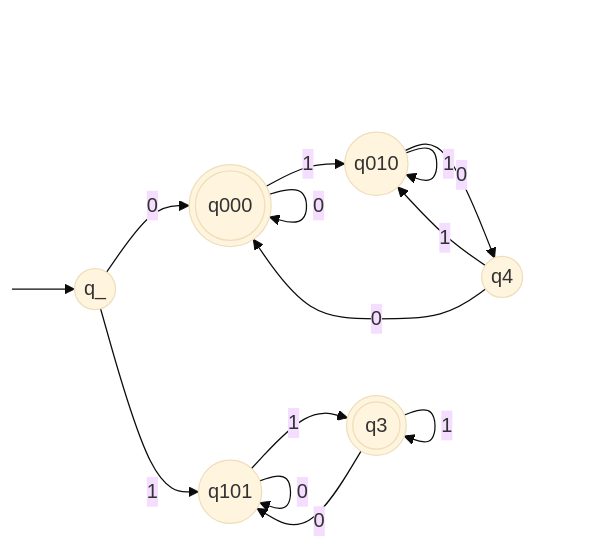
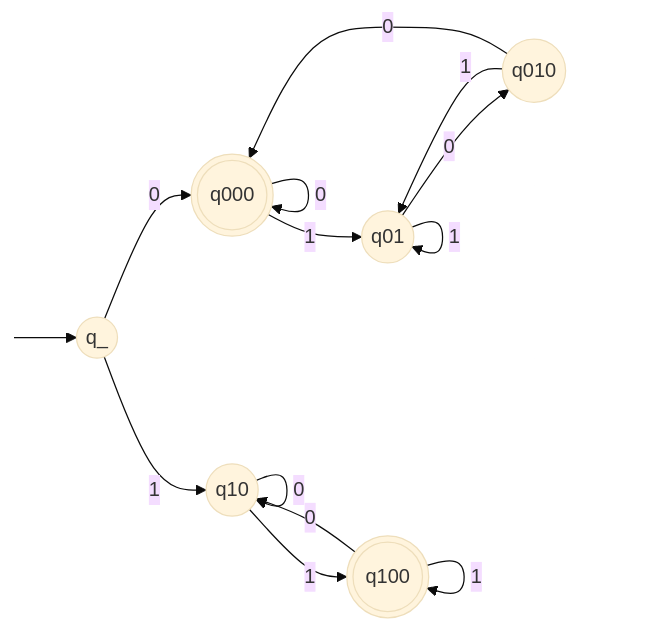
One commit to bfeitknecht/vault changed the diagram in sem3/TIN/UE/bf/TI-bf-u04.md. Above: the diagram before and after it, drawn with Mermaid (base theme). The commit also changed other lines of this file, not shown here.

Commit message:
backup: 2024-10-15T16:49:35+02:00 from MacBook Pro (echo)
Affected files:
sem3/TIN/UE/bf/TI-bf-u04.md

````diff
--- a/sem3/TIN/UE/bf/TI-bf-u04.md
+++ b/sem3/TIN/UE/bf/TI-bf-u04.md
@@ -55,37 +12,32 @@
 ```mermaid
 flowchart LR
 
 classDef hidden display: none;
 
 S:::hidden
 
 q_((q_))
 q000(((q000)))
-q101((q101))
+q01((q01))
 q010((q010))
-q3(((q3)))
-q4((q4))
-
+q10((q10))
+q100(((q100)))
 
 
 S --> q_
 q_ -->|"0"| q000
-q_ -->|"1"| q101
+q_ -->|"1"| q10
 
 q000 -->|"0"| q000
-q101 -->|"1"| q3
+q000 -->|"1"| q01
+q01 -->|"1"| q01
+q01 -->|"0"| q010
+q010 -->|"1"| q01
+q010 -->|"0"| q000
 
-q3 -->|"1"| q3
-q3 -->|"0"| q101
+q10 -->|"1"| q100
+q100 -->|"1"| q100
+q100 -->|"0"| q10
+q10 -->|"0"| q10
 
-q101 -->|"0"| q101
-
-
-
-
-q000 -->|"1"| q010
-q010 -->|"1"| q010
-q010 -->|"0"| q4
-q4 -->|"1"| q010
-q4 -->|"0"| q000
 ```
````
